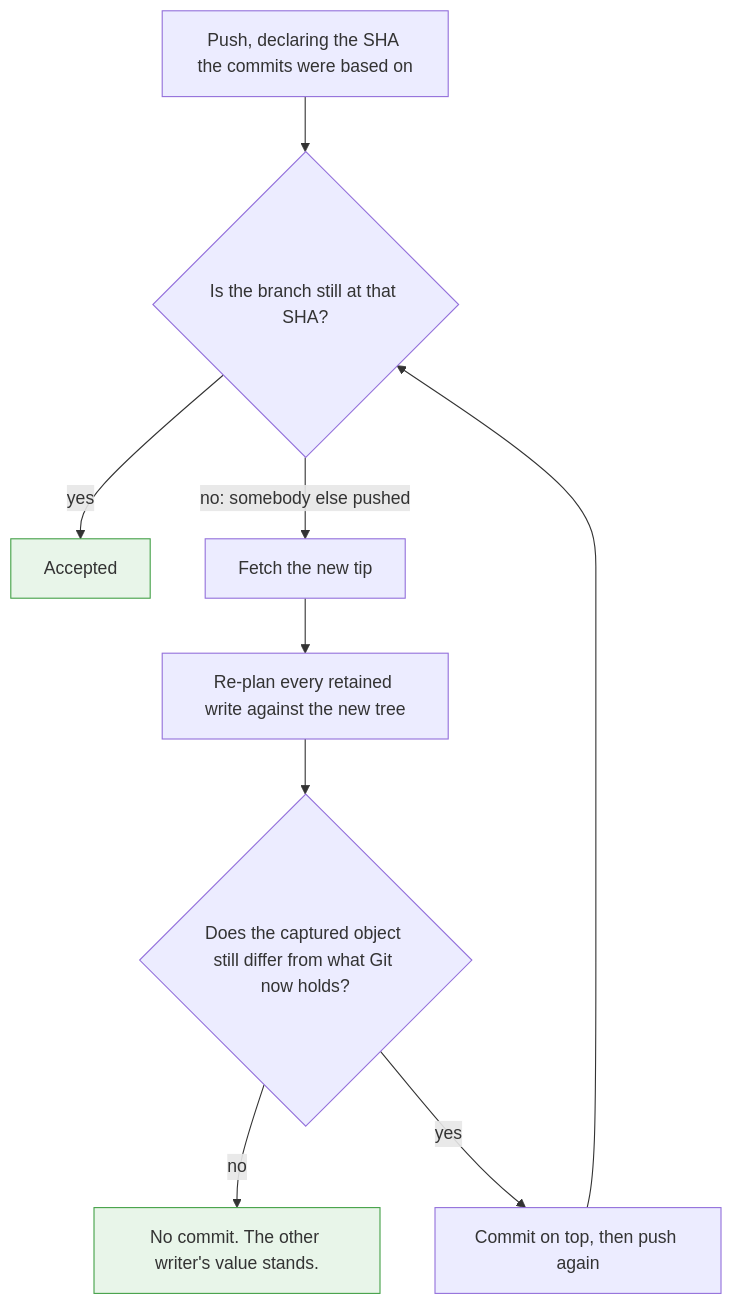
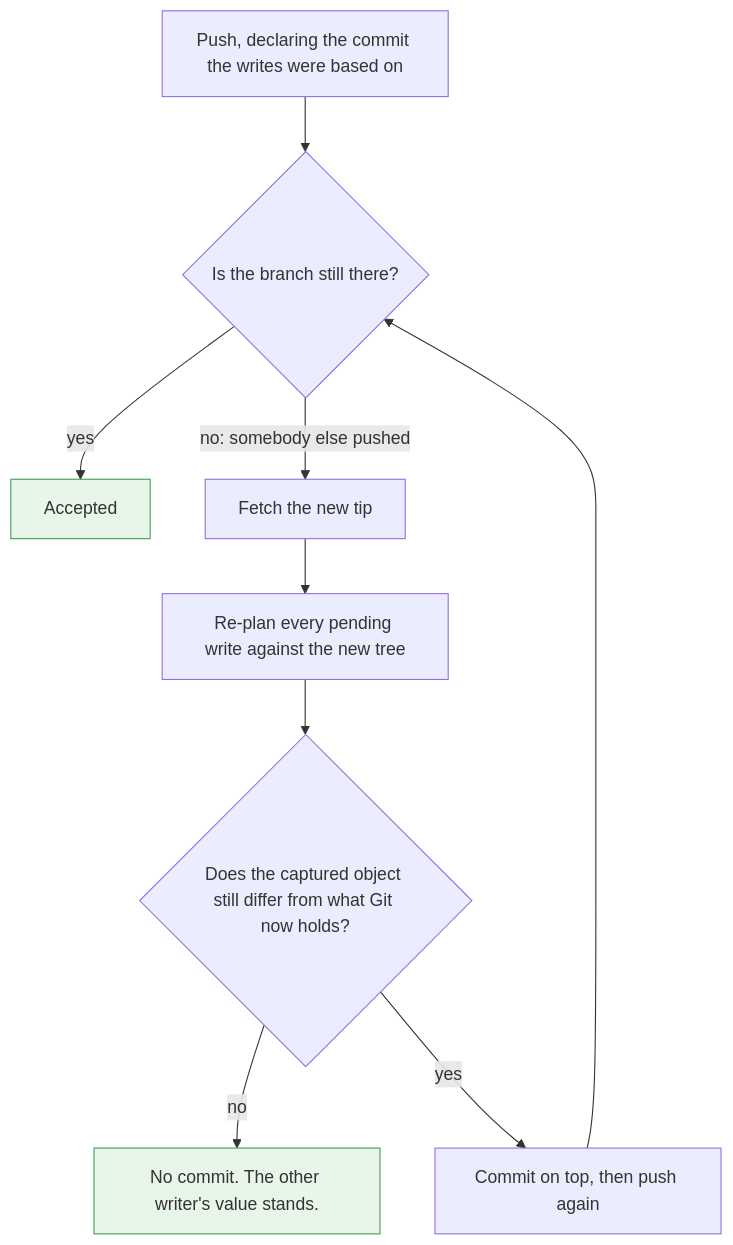
One commit to ConfigButler/gitops-reverser changed the third of 3 diagrams in docs/bi-directional.md. Above: the diagram before and after it, drawn with Mermaid. The commit also changed other lines of this file and 123 other files, not shown here.

````diff
--- a/docs/bi-directional.md
+++ b/docs/bi-directional.md
@@ -85,14 +288,14 @@
 ```mermaid
 flowchart TD
-    PUSH["Push, declaring the SHA the commits were based on"] --> MOVED{"Is the branch still at that SHA?"}
+    PUSH["Push, declaring the commit the writes were based on"] --> MOVED{"Is the branch still there?"}
     MOVED -->|yes| DONE["Accepted"]
     MOVED -->|"no: somebody else pushed"| FETCH["Fetch the new tip"]
-    FETCH --> REPLAN["Re-plan every retained write against the new tree"]
+    FETCH --> REPLAN["Re-plan every pending write against the new tree"]
     REPLAN --> DIFF{"Does the captured object still differ from what Git now holds?"}
     DIFF -->|no| NOOP["No commit. The other writer's value stands."]
     DIFF -->|yes| COMMIT["Commit on top, then push again"]
     COMMIT --> MOVED
 
     style DONE fill:#e8f5e9,stroke:#43a047
     style NOOP fill:#e8f5e9,stroke:#43a047
 ```
````
